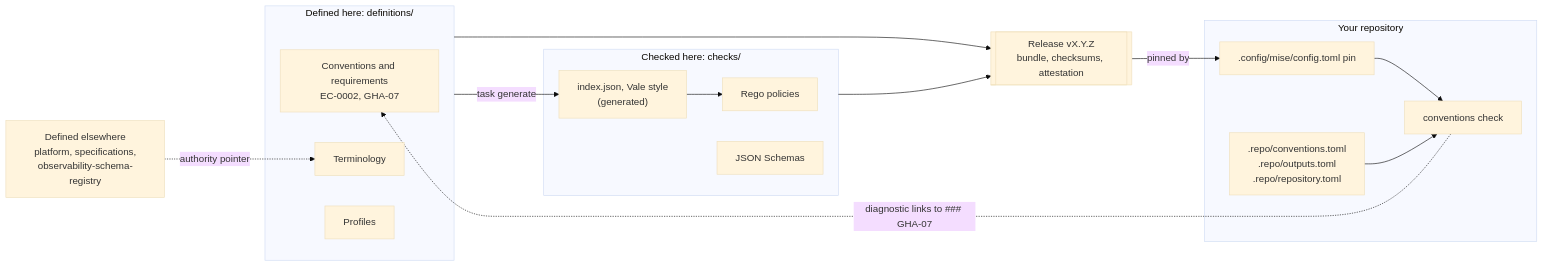
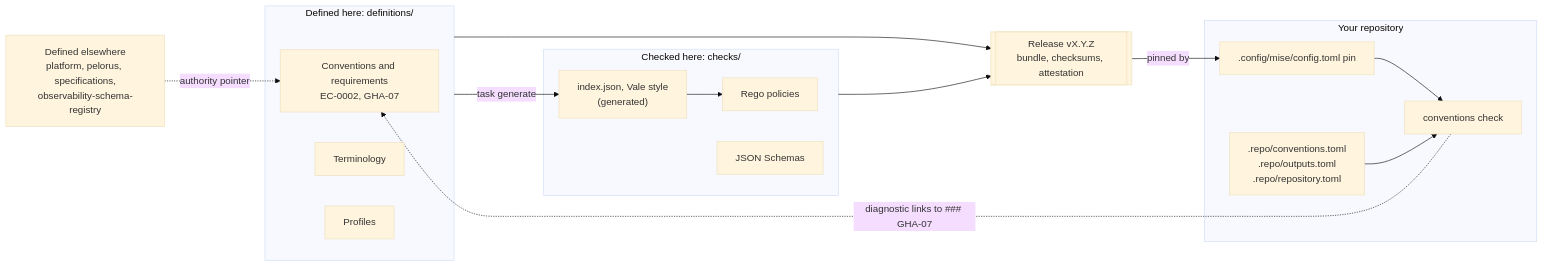
Before and after one commit to musher-dev/engineering-conventions: the diagram in README.md, drawn with Mermaid (base theme). The commit also changed other lines of this file and 389 other files, not shown here.

````diff
--- a/README.md
+++ b/README.md
@@ -58,30 +58,30 @@
 ```mermaid
 flowchart LR
   subgraph defined["Defined here: definitions/"]
     conventions["Conventions and requirements<br/>EC-0002, GHA-07"]
     terminology["Terminology"]
     profiles["Profiles"]
   end
   subgraph checked["Checked here: checks/"]
     rego["Rego policies"]
     schemas["JSON Schemas"]
     generated["index.json, Vale style<br/>(generated)"]
   end
   release[["Release vX.Y.Z<br/>bundle, checksums, attestation"]]
   subgraph yours["Your repository"]
     pin[".config/mise/config.toml pin"]
     declarations[".repo/conventions.toml<br/>.repo/outputs.toml<br/>.repo/repository.toml"]
     check["conventions check"]
   end
-  upstream["Defined elsewhere<br/>platform, specifications,<br/>observability-schema-registry"]
+  upstream["Defined elsewhere<br/>platform, pelorus, specifications,<br/>observability-schema-registry"]
 
   defined -- "task generate" --> generated
   generated --> rego
   defined --> release
   checked --> release
   release -- "pinned by" --> pin
   pin --> check
   declarations --> check
   check -. "diagnostic links to ### GHA-07" .-> conventions
-  upstream -. "authority pointer" .-> terminology
+  upstream -. "authority pointer" .-> conventions
 ```
````
